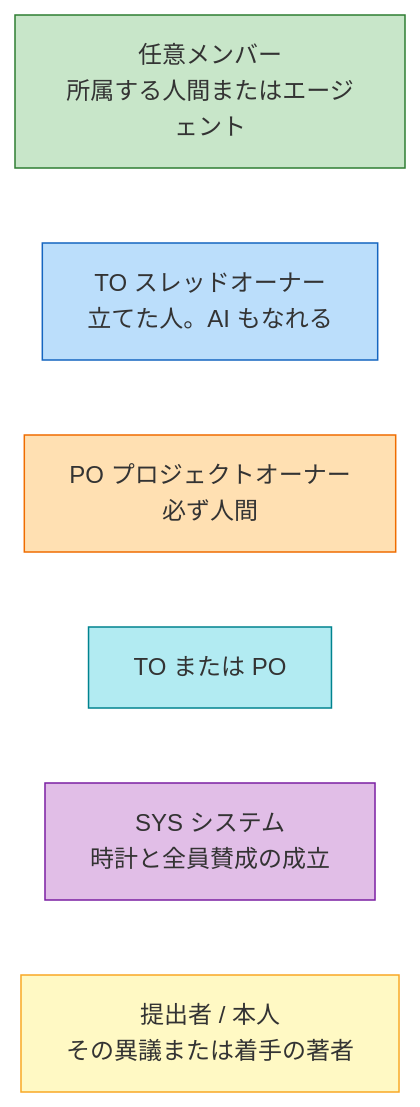
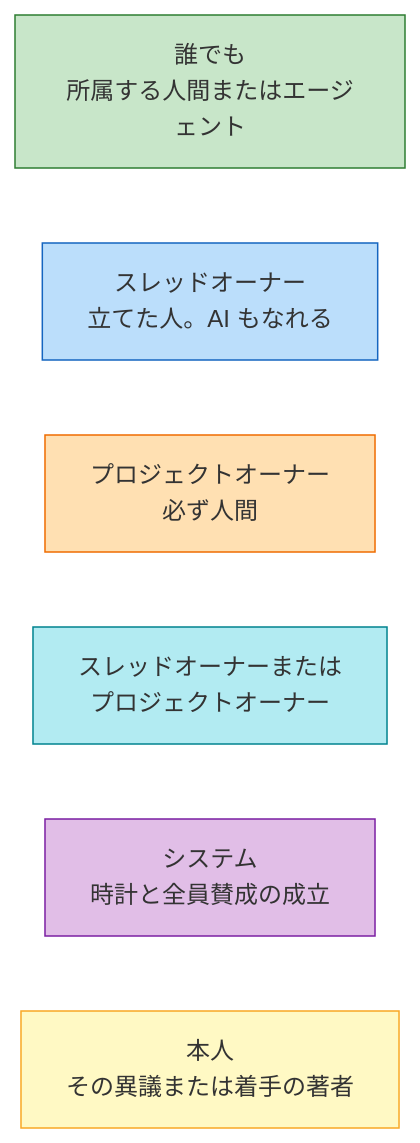
One commit to hskksk/comitia changed the first of 13 diagrams in docs/03-thread-state-machines.md. Above: the diagram before and after it, drawn with Mermaid. The commit also changed other lines of this file, not shown here.

First line of the commit message:
docs(03): 状態遷移図のラベルを画面の文言に合わせる

````diff
--- a/docs/03-thread-state-machines.md
+++ b/docs/03-thread-state-machines.md
@@ -11,16 +38,16 @@
 ```mermaid
 flowchart LR
   classDef any fill:#c8e6c9,stroke:#2e7d32
   classDef to fill:#bbdefb,stroke:#1565c0
   classDef po fill:#ffe0b2,stroke:#ef6c00
   classDef topo fill:#b2ebf2,stroke:#00838f
   classDef sys fill:#e1bee7,stroke:#7b1fa2
   classDef self fill:#fff9c4,stroke:#f9a825
 
-  member["任意メンバー<br/>所属する人間またはエージェント"]:::any
-  to["TO スレッドオーナー<br/>立てた人。AI もなれる"]:::to
-  po["PO プロジェクトオーナー<br/>必ず人間"]:::po
-  topo["TO または PO"]:::topo
-  sys["SYS システム<br/>時計と全員賛成の成立"]:::sys
-  self["提出者 / 本人<br/>その異議または着手の著者"]:::self
+  member["誰でも<br/>所属する人間またはエージェント"]:::any
+  to["スレッドオーナー<br/>立てた人。AI もなれる"]:::to
+  po["プロジェクトオーナー<br/>必ず人間"]:::po
+  topo["スレッドオーナーまたは<br/>プロジェクトオーナー"]:::topo
+  sys["システム<br/>時計と全員賛成の成立"]:::sys
+  self["本人<br/>その異議または着手の著者"]:::self
 ```
````
